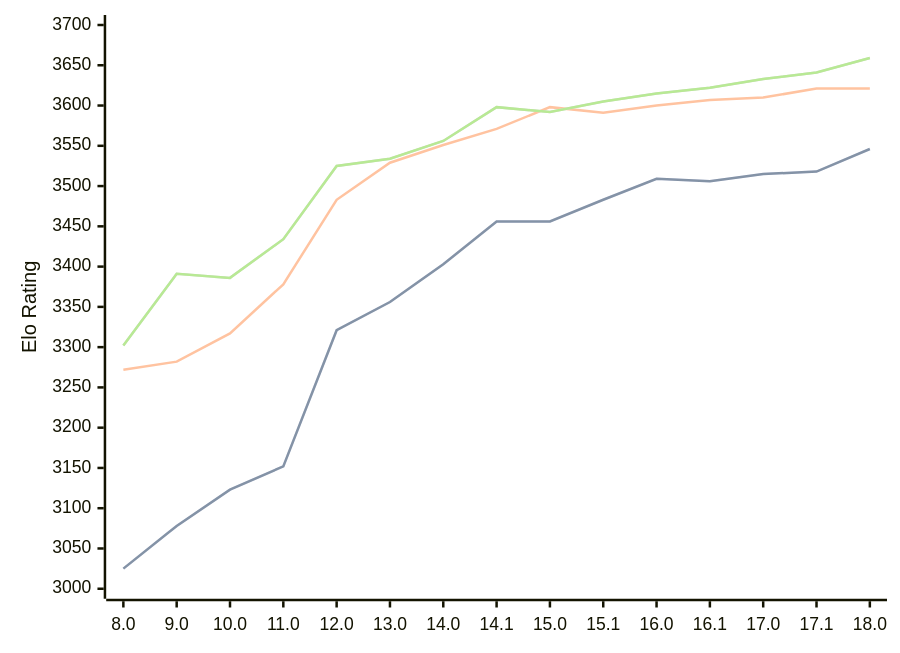
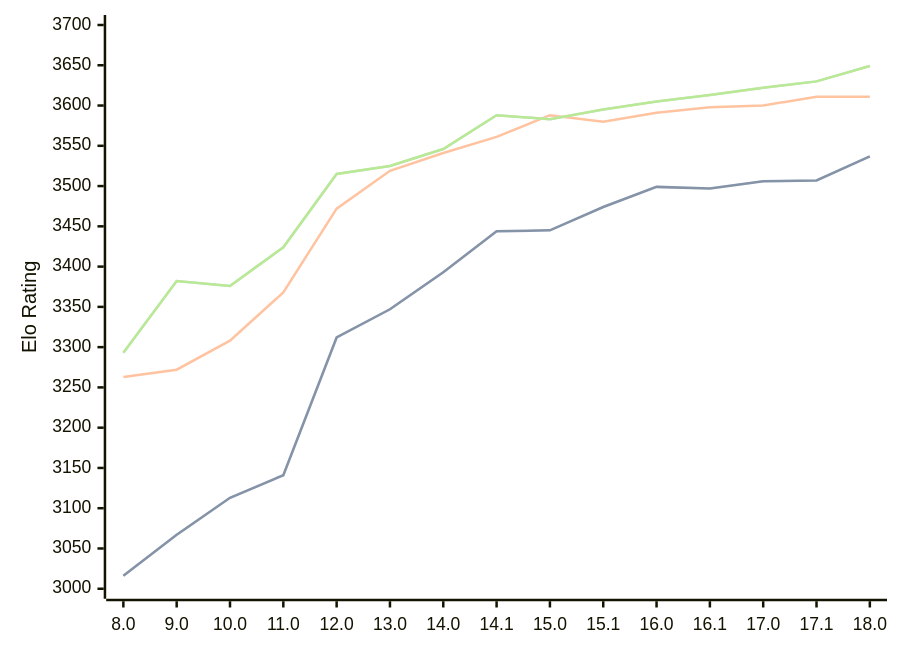
The diagram in engines/Stockfish.md (computer-chess-index/cci), drawn with Mermaid before and after one commit. The commit also changed other lines of this file, not shown here.

Commit message:
Update CCI Ratings (ELO VLTC) - 2026-03-19

````diff
--- a/engines/Stockfish.md
+++ b/engines/Stockfish.md
@@ -44,11 +44,11 @@
 ```mermaid
 %%{init: {"theme":"base","themeVariables":{"seriesColors:['#a3a3a3','#222221','#faa371']}}}%%
 xychart-beta
   x-axis ["8.0", "9.0", "10.0", "11.0", "12.0", "13.0", "14.0", "14.1", "15.0", "15.1", "16.0", "16.1", "17.0", "17.1", "18.0"]
   y-axis "Elo Rating" 3000 --> 3700
-  line "STC (8.0+0.08s)" [3025, 3078, 3123, 3152, 3321, 3356, 3403, 3456, 3456, 3483, 3509, 3506, 3515, 3518, 3546]
-  line "STC (8.0+0.08s)" [3025, 3078, 3123, 3152, 3321, 3356, 3403, 3456, 3456, 3483, 3509, 3506, 3515, 3518, 3546]
-  line "LTC (60.0+0.60s)" [3272, 3282, 3317, 3378, 3483, 3529, 3551, 3571, 3598, 3591, 3600, 3607, 3610, 3621, 3621]
-  line "VLTC (2m24s+1.12s)" [3302, 3391, 3386, 3434, 3525, 3534, 3556, 3598, 3592, 3605, 3615, 3622, 3633, 3641, 3659]
-  line "VLTC (2m24s+1.12s)" [3302, 3391, 3386, 3434, 3525, 3534, 3556, 3598, 3592, 3605, 3615, 3622, 3633, 3641, 3659]
+  line "STC (8.0+0.08s)" [3016, 3067, 3113, 3141, 3312, 3347, 3393, 3444, 3445, 3474, 3499, 3497, 3506, 3507, 3537]
+  line "STC (8.0+0.08s)" [3016, 3067, 3113, 3141, 3312, 3347, 3393, 3444, 3445, 3474, 3499, 3497, 3506, 3507, 3537]
+  line "LTC (60.0+0.60s)" [3263, 3272, 3308, 3368, 3472, 3519, 3541, 3561, 3588, 3580, 3591, 3598, 3600, 3611, 3611]
+  line "VLTC (2m24s+1.12s)" [3293, 3382, 3376, 3424, 3515, 3525, 3546, 3588, 3583, 3595, 3605, 3613, 3622, 3630, 3649]
+  line "VLTC (2m24s+1.12s)" [3293, 3382, 3376, 3424, 3515, 3525, 3546, 3588, 3583, 3595, 3605, 3613, 3622, 3630, 3649]
 ```
````
